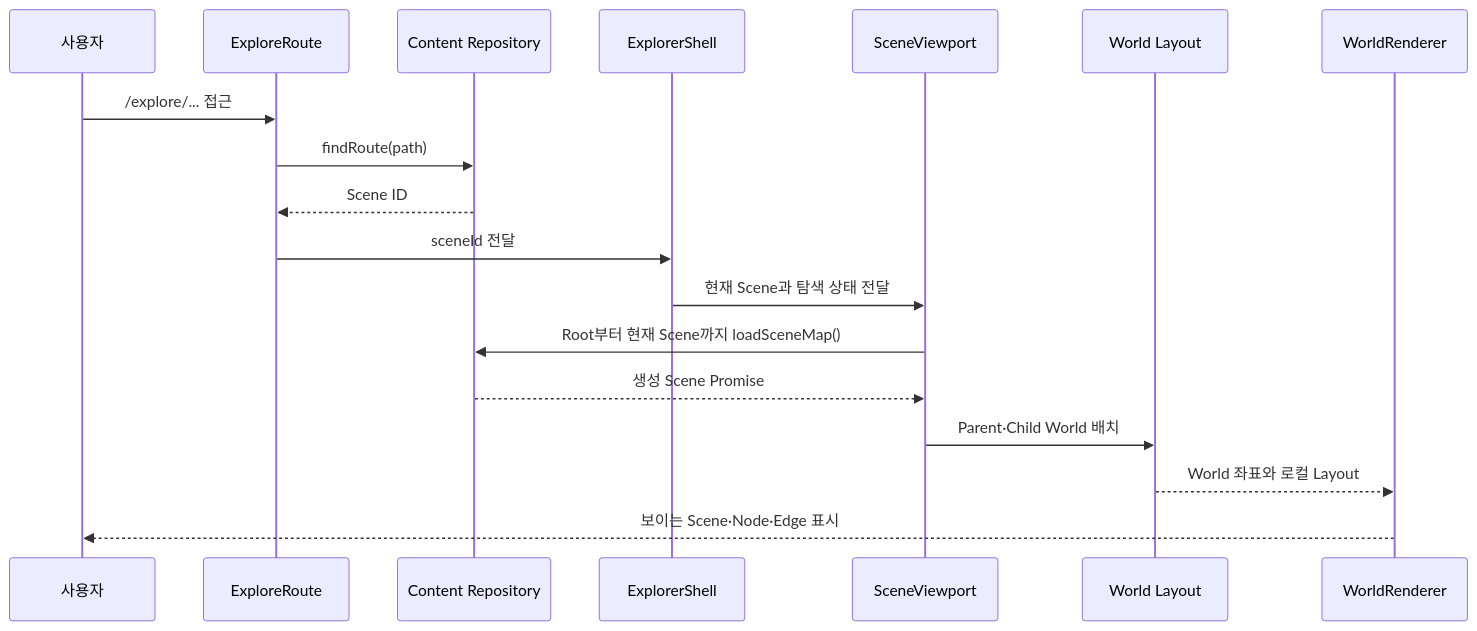
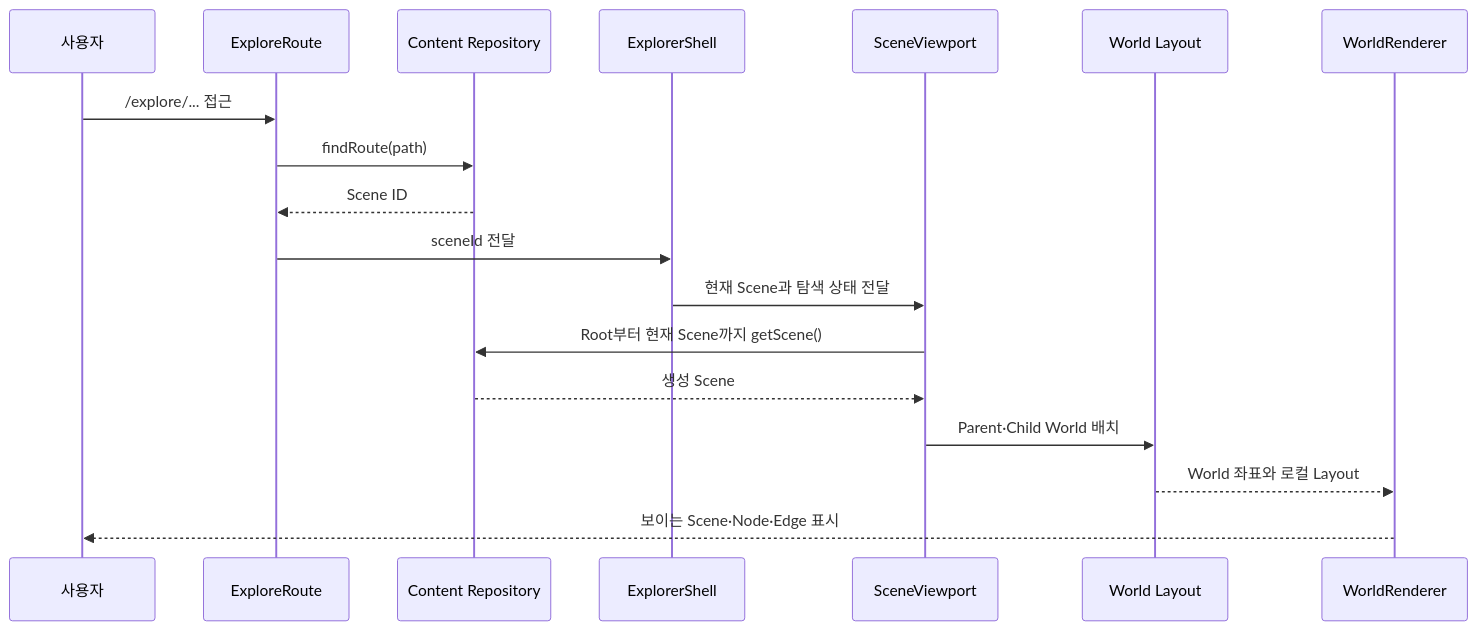
One commit to goldapple-ce/CS-Map changed the fifth of 5 diagrams in docs/ARCHITECTURE.md. Above: the diagram before and after it, drawn with Mermaid. The commit also changed other lines of this file and 7 other files, not shown here.

````diff
--- a/docs/ARCHITECTURE.md
+++ b/docs/ARCHITECTURE.md
@@ -181,21 +179,21 @@
 ```mermaid
 sequenceDiagram
     participant User as 사용자
     participant Router as ExploreRoute
     participant Repo as Content Repository
     participant Shell as ExplorerShell
     participant Viewport as SceneViewport
     participant Layout as World Layout
     participant Renderer as WorldRenderer
 
     User->>Router: /explore/... 접근
     Router->>Repo: findRoute(path)
     Repo-->>Router: Scene ID
     Router->>Shell: sceneId 전달
     Shell->>Viewport: 현재 Scene과 탐색 상태 전달
-    Viewport->>Repo: Root부터 현재 Scene까지 loadSceneMap()
-    Repo-->>Viewport: 생성 Scene Promise
+    Viewport->>Repo: Root부터 현재 Scene까지 getScene()
+    Repo-->>Viewport: 생성 Scene
     Viewport->>Layout: Parent·Child World 배치
     Layout-->>Renderer: World 좌표와 로컬 Layout
     Renderer-->>User: 보이는 Scene·Node·Edge 표시
 ```
````
